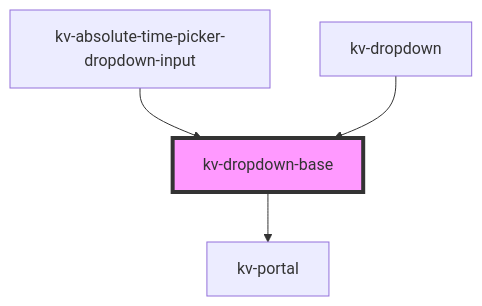
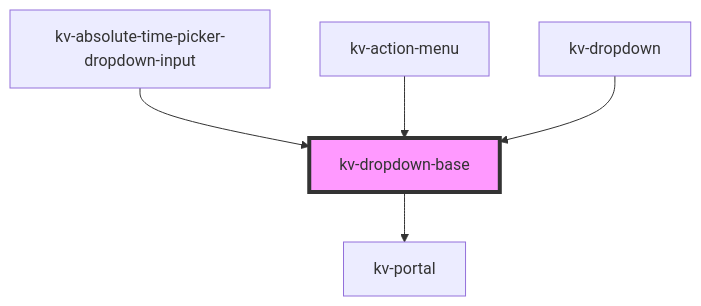
One commit to kelvininc/ui-components changed the diagram in packages/ui-components/src/components/dropdown-base/readme.md. Above: the diagram before and after it, drawn with Mermaid. The commit also changed other lines of this file and 26 other files, not shown here.

First line of the commit message:
feat(action-menu): add accessible row actions

````diff
--- a/packages/ui-components/src/components/dropdown-base/readme.md
+++ b/packages/ui-components/src/components/dropdown-base/readme.md
@@ -41,7 +42,8 @@
 ```mermaid
 graph TD;
   kv-dropdown-base --> kv-portal
   kv-absolute-time-picker-dropdown-input --> kv-dropdown-base
+  kv-action-menu --> kv-dropdown-base
   kv-dropdown --> kv-dropdown-base
   style kv-dropdown-base fill:#f9f,stroke:#333,stroke-width:4px
 ```
````
